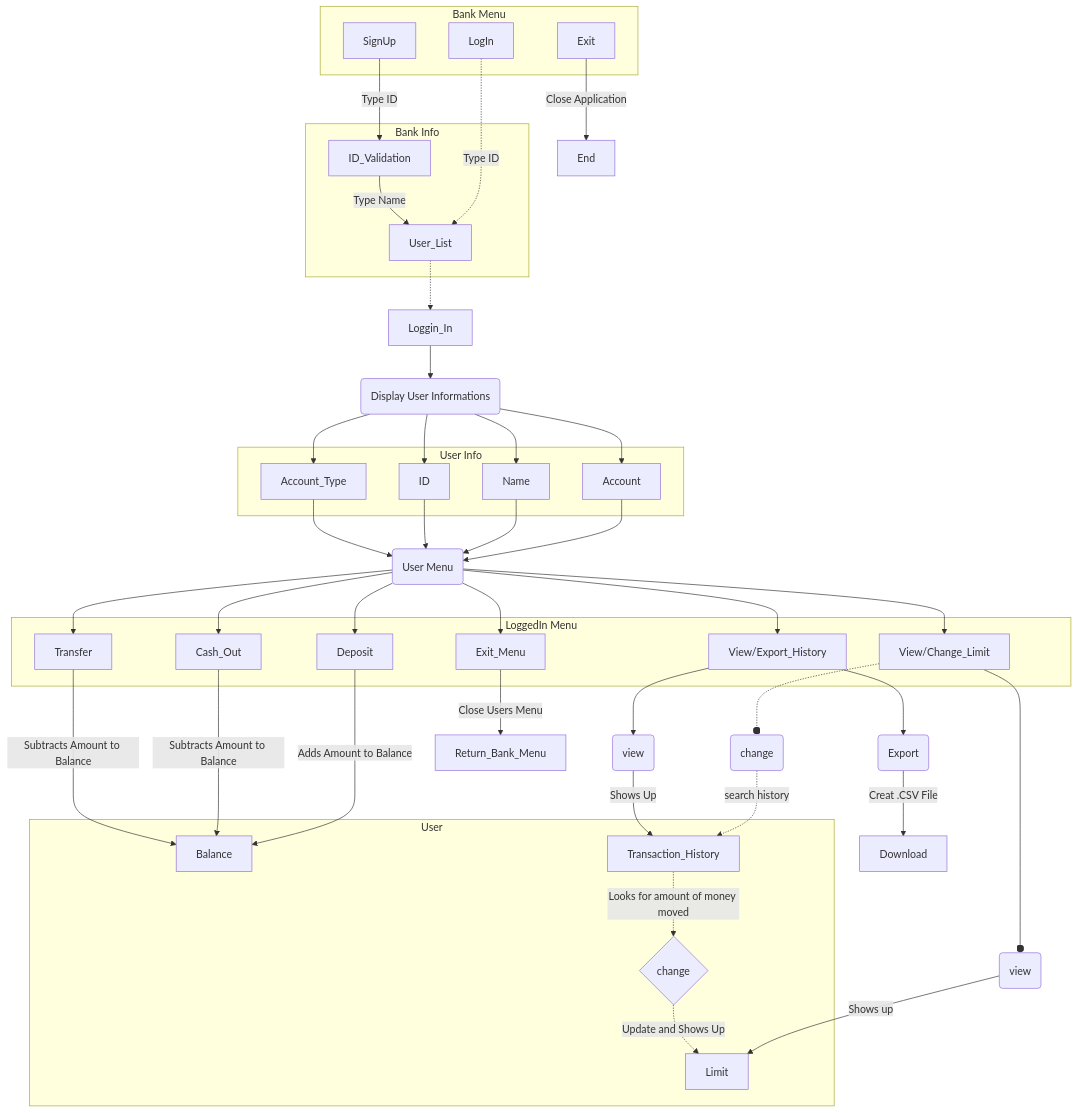
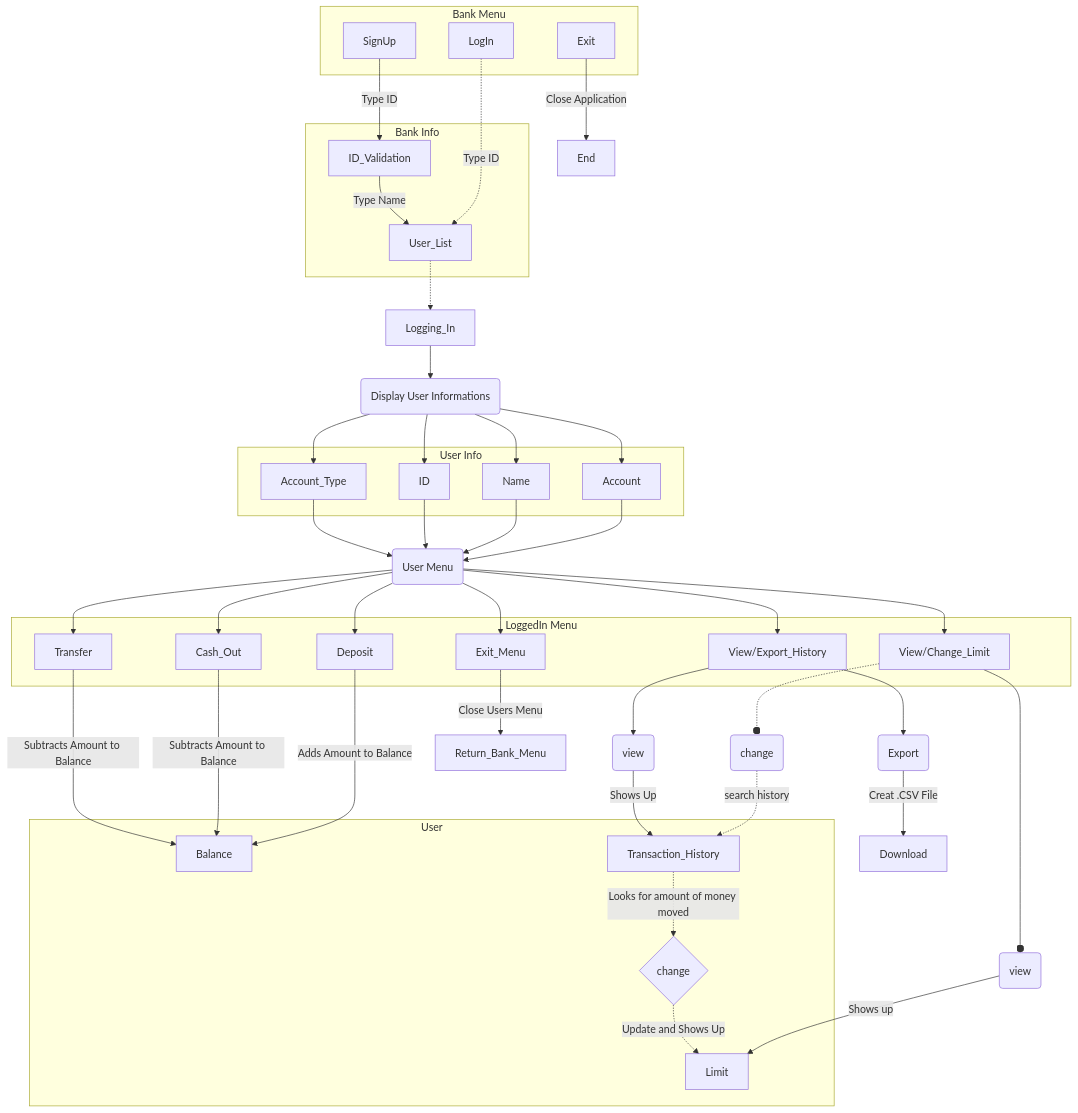
Before and after one commit to G-sants/bank-menu-challenge-trainning: the diagram in README.md, drawn with Mermaid. The commit also changed other lines of this file and 14 other files, not shown here.

````diff
--- a/README.md
+++ b/README.md
@@ -52,76 +52,76 @@
 ```mermaid
 flowchart TB
 
     subgraph Bank Menu
         LogIn
         SignUp
         Exit
     end
     subgraph Bank Info
         User_List
         ID_Validation
     end
     subgraph LoggedIn Menu
         Deposit
         Cash_Out
         Transfer
         View/Change_Limit
         View/Export_History
         Exit_Menu
     end
     subgraph User Info
         ID
         Name
         Account
         Account_Type
     end
 
     subgraph User
         Balance
         Limit
         Transaction_History
         c
     end
 
     LogIn -.-> |Type ID| User_List
-    User_List -.-> Loggin_In
+    User_List -.-> Logging_In
 
     Exit --> |Close Application| End
 
     SignUp -->|Type ID| ID_Validation
     ID_Validation --> |Type Name| User_List
 
-    Loggin_In --> Info(Display User Informations)
+    Logging_In --> Info(Display User Informations)
 
 
     Info --> Name
     Info --> ID
     Info --> Account
     Info --> Account_Type
 
     Account --> om(User Menu)
     Name --> om(User Menu)
     ID --> om(User Menu)
     Account_Type --> om(User Menu)
 
     om -->Deposit
     om -->Cash_Out
     om -->Transfer
     om --> View/Change_Limit
     om --> View/Export_History
     om --> Exit_Menu
 
     Deposit --> |Adds Amount to Balance| Balance
     Cash_Out --> |Subtracts Amount to Balance| Balance
     Transfer --> |Subtracts Amount to Balance| Balance
 
     View/Change_Limit --o vL(view)-->|Shows up| Limit
     View/Change_Limit-.-o cL(change)-.->|search history| Transaction_History
     Transaction_History -.-> |Looks for amount of money moved|c
     c{change} -.->|Update and Shows Up| Limit
 
     View/Export_History --> nL(view) --> |Shows Up| Transaction_History
     View/Export_History --> eH(Export) --> |Creat .CSV File| Download
 
     Exit_Menu -->|Close Users Menu|Return_Bank_Menu;
 ```
````
